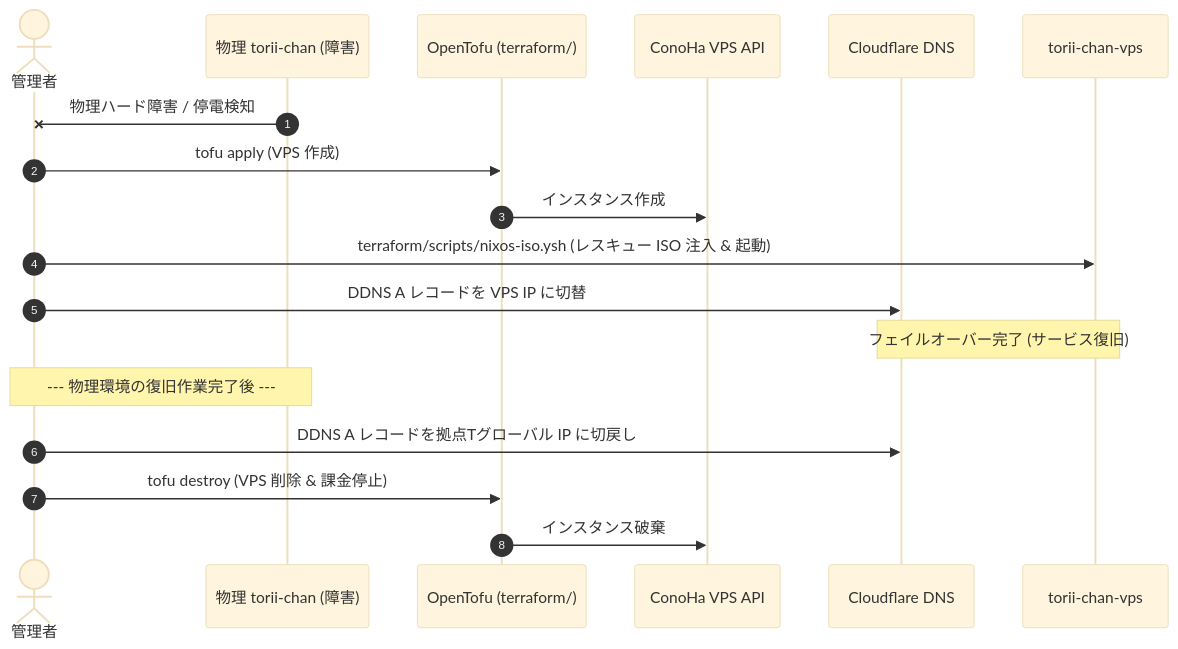
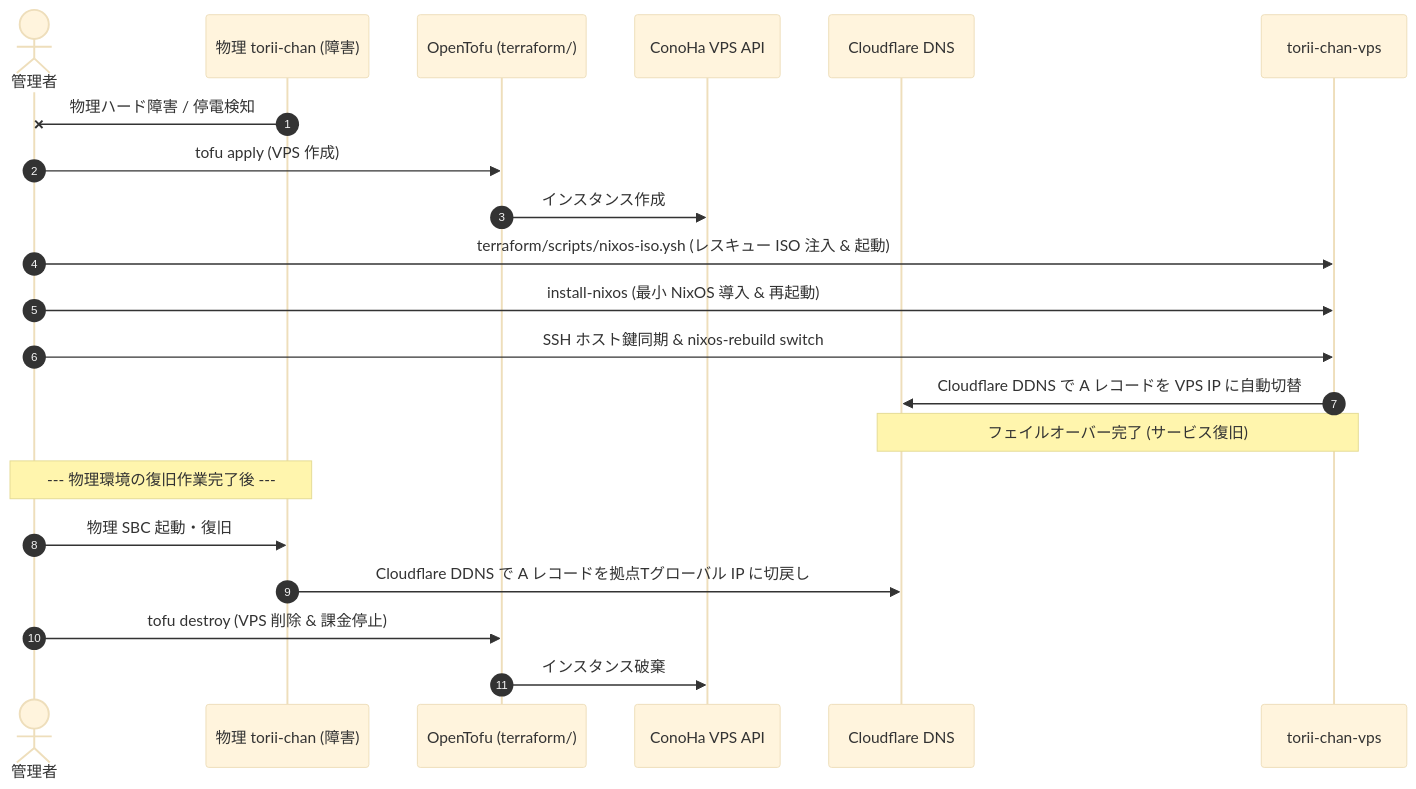
One commit to t3u-tsu/nix-config changed the diagram in docs/operations/vps-failover.md. Above: the diagram before and after it, drawn with Mermaid (base theme). The commit also changed other lines of this file and 3 other files, not shown here.

````diff
--- a/docs/operations/vps-failover.md
+++ b/docs/operations/vps-failover.md
@@ -9,22 +9,25 @@
 ```mermaid
 sequenceDiagram
     autonumber
     actor Admin as 管理者
     participant SBC as 物理 torii-chan (障害)
     participant Tofu as OpenTofu (terraform/)
     participant ConoHa as ConoHa VPS API
     participant Cloudflare as Cloudflare DNS
     participant VPS as torii-chan-vps
 
     SBC-xAdmin: 物理ハード障害 / 停電検知
     Admin->>Tofu: tofu apply (VPS 作成)
     Tofu->>ConoHa: インスタンス作成
     Admin->>VPS: terraform/scripts/nixos-iso.ysh (レスキュー ISO 注入 & 起動)
-    Admin->>Cloudflare: DDNS A レコードを VPS IP に切替
+    Admin->>VPS: install-nixos (最小 NixOS 導入 & 再起動)
+    Admin->>VPS: SSH ホスト鍵同期 & nixos-rebuild switch
+    VPS->>Cloudflare: Cloudflare DDNS で A レコードを VPS IP に自動切替
     Note over VPS,Cloudflare: フェイルオーバー完了 (サービス復旧)
 
     Note over SBC,Admin: --- 物理環境の復旧作業完了後 ---
-    Admin->>Cloudflare: DDNS A レコードを拠点Tグローバル IP に切戻し
+    Admin->>SBC: 物理 SBC 起動・復旧
+    SBC->>Cloudflare: Cloudflare DDNS で A レコードを拠点Tグローバル IP に切戻し
     Admin->>Tofu: tofu destroy (VPS 削除 & 課金停止)
     Tofu->>ConoHa: インスタンス破棄
 ```
````
